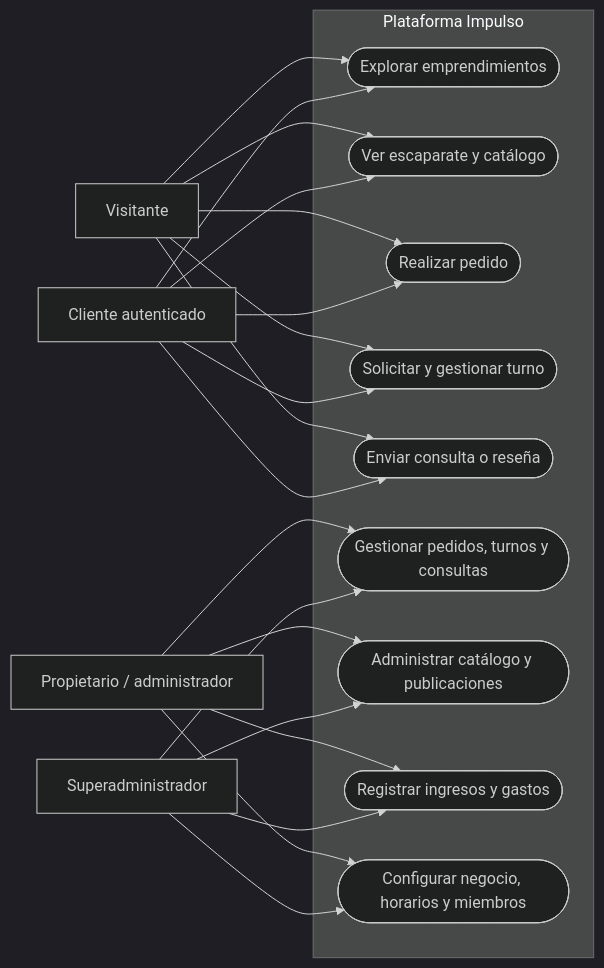
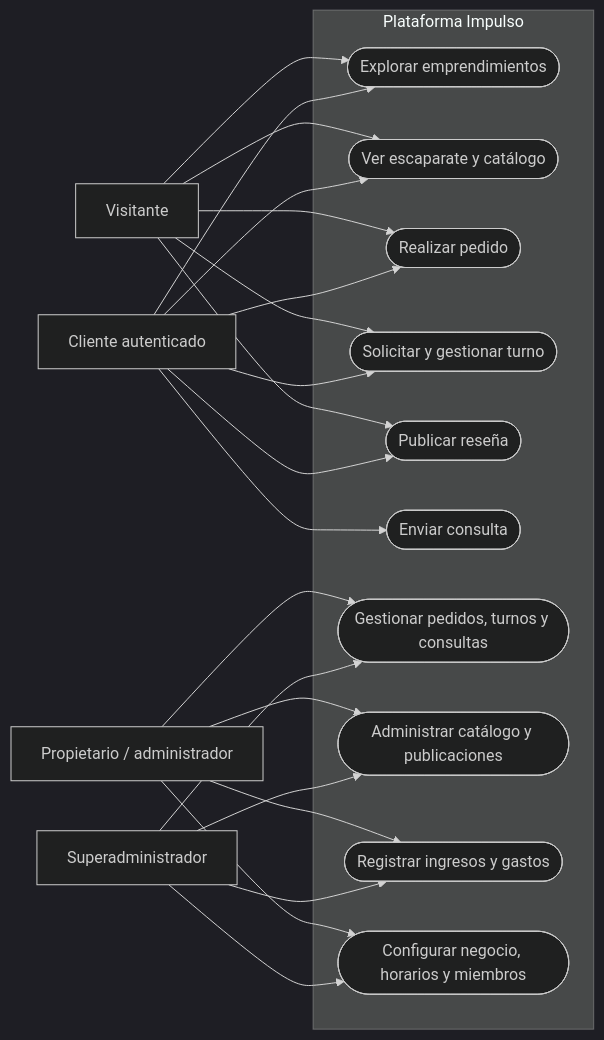
Before and after one commit to ifurque/impulso: the first of 9 diagrams in docs/arquitectura.md, drawn with Mermaid (dark theme). The commit also changed other lines of this file and 2 other files, not shown here.

Commit message:
docs: ampliar diagramas y registrar errores conocidos

````diff
--- a/docs/arquitectura.md
+++ b/docs/arquitectura.md
@@ -24,38 +24,40 @@
 ```mermaid
 flowchart LR
     visitor["Visitante"]
     customer["Cliente autenticado"]
     manager["Propietario / administrador"]
     superadmin["Superadministrador"]
 
     subgraph Impulso["Plataforma Impulso"]
         discover([Explorar emprendimientos])
         viewBusiness([Ver escaparate y catálogo])
         order([Realizar pedido])
         book([Solicitar y gestionar turno])
-        contact([Enviar consulta o reseña])
+        review([Publicar reseña])
+        inquiry([Enviar consulta])
         operate([Gestionar pedidos, turnos y consultas])
         catalog([Administrar catálogo y publicaciones])
         finance([Registrar ingresos y gastos])
         configure([Configurar negocio, horarios y miembros])
     end
 
     visitor --> discover
     visitor --> viewBusiness
     visitor --> order
     visitor --> book
-    visitor --> contact
+    visitor --> review
     customer --> discover
     customer --> viewBusiness
     customer --> order
     customer --> book
-    customer --> contact
+    customer --> review
+    customer --> inquiry
     manager --> operate
     manager --> catalog
     manager --> finance
     manager --> configure
     superadmin --> operate
     superadmin --> catalog
     superadmin --> finance
     superadmin --> configure
 ```
````
